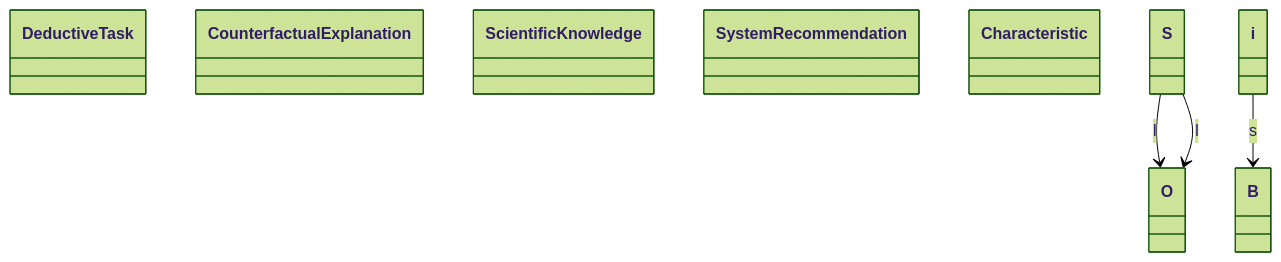
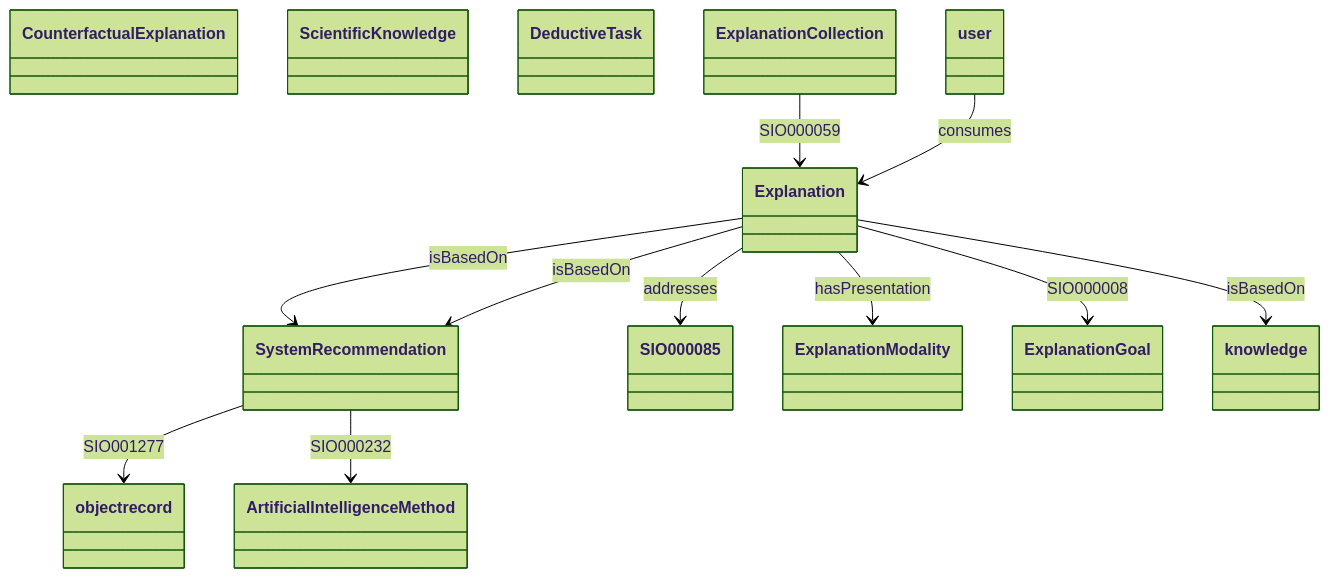
Before and after one commit to oeg-upm/Devos: the diagram in output/ieswc_leng/explanation-ontology.owl-leng-5.md, drawn with Mermaid (forest theme). The commit also changed 315 other files, not shown here.

````diff
--- a/output/ieswc_leng/explanation-ontology.owl-leng-5.md
+++ b/output/ieswc_leng/explanation-ontology.owl-leng-5.md
@@ -1,33 +1,47 @@
 ```mermaid
 	classDiagram
 
     
-    class DeductiveTask {
+    class Explanation {
+    
+    }
+
+    class SystemRecommendation {
     
     }
 
     class CounterfactualExplanation {
     
     }
 
     class ScientificKnowledge {
     
     }
 
-    class SystemRecommendation {
-    
-    }
-
-    class Characteristic {
+    class DeductiveTask {
     
     }
 
 
 
-S  --> O   :I  
+Explanation  --> SIO000085   :addresses  
 
-i  --> B   :s  
+ExplanationCollection  --> Explanation   :SIO000059  
 
-S  --> O   :I  
+Explanation  --> ExplanationModality   :hasPresentation  
+
+Explanation  --> SystemRecommendation   :isBasedOn  
+
+Explanation  --> SystemRecommendation   :isBasedOn  
+
+Explanation  --> ExplanationGoal   :SIO000008  
+
+user  --> Explanation   :consumes  
+
+SystemRecommendation  --> objectrecord   :SIO001277  
+
+SystemRecommendation  --> ArtificialIntelligenceMethod   :SIO000232  
+
+Explanation  --> knowledge   :isBasedOn  
 
 ```
````
